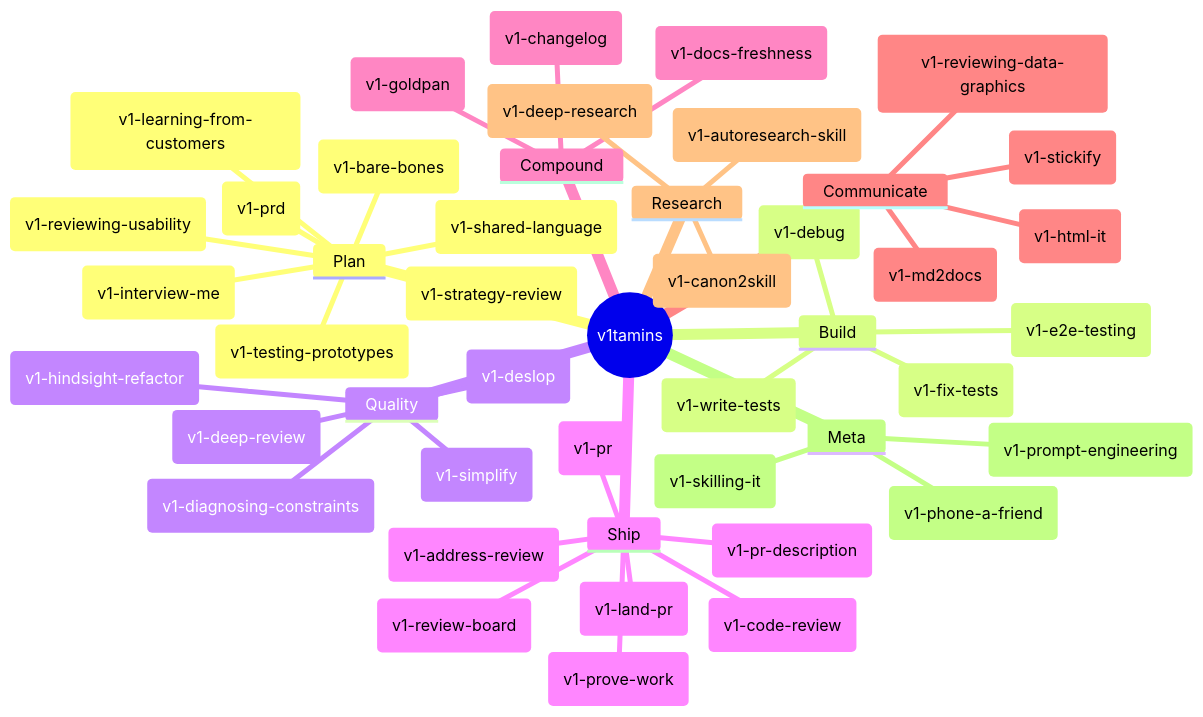
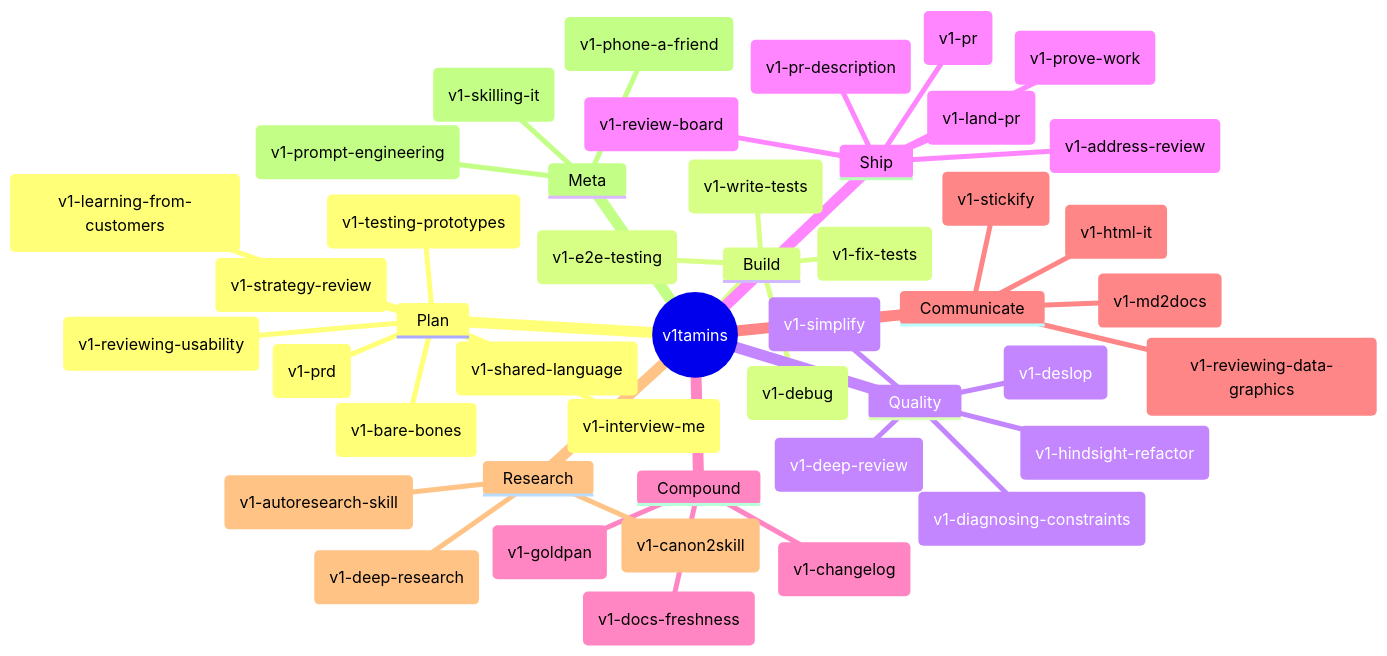
One commit to v1-io/v1tamins changed the first of 6 diagrams in README.md. Above: the diagram before and after it, drawn with Mermaid. The commit also changed other lines of this file and 15 other files, not shown here.

First line of the commit message:
Fold v1-code-review into v1-deep-review as the single review skill

````diff
--- a/README.md
+++ b/README.md
@@ -114,49 +114,48 @@
 ```mermaid
 mindmap
   root((v1tamins))
     Plan
       ("v1-interview-me")
       ("v1-strategy-review")
       ("v1-bare-bones")
       ("v1-shared-language")
       ("v1-prd")
       ("v1-learning-from-customers")
       ("v1-testing-prototypes")
       ("v1-reviewing-usability")
     Build
       ("v1-debug")
       ("v1-fix-tests")
       ("v1-write-tests")
       ("v1-e2e-testing")
     Quality
       ("v1-simplify")
       ("v1-deslop")
       ("v1-hindsight-refactor")
       ("v1-deep-review")
       ("v1-diagnosing-constraints")
     Ship
       ("v1-pr")
       ("v1-pr-description")
       ("v1-land-pr")
-      ("v1-code-review")
       ("v1-address-review")
       ("v1-review-board")
       ("v1-prove-work")
     Compound
       ("v1-goldpan")
       ("v1-docs-freshness")
       ("v1-changelog")
     Communicate
       ("v1-stickify")
       ("v1-md2docs")
       ("v1-html-it")
       ("v1-reviewing-data-graphics")
     Research
       ("v1-deep-research")
       ("v1-autoresearch-skill")
       ("v1-canon2skill")
     Meta
       ("v1-phone-a-friend")
       ("v1-skilling-it")
       ("v1-prompt-engineering")
 ```
````
